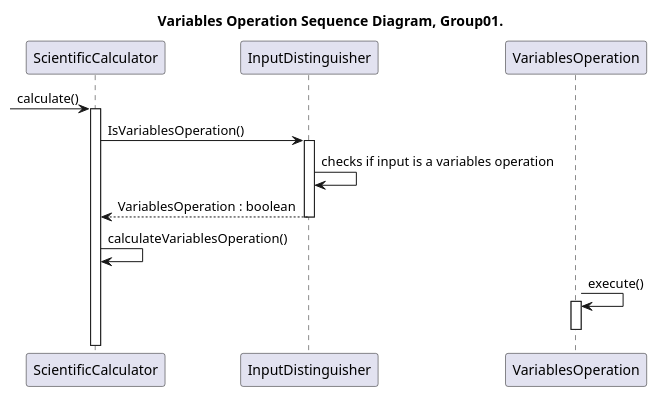
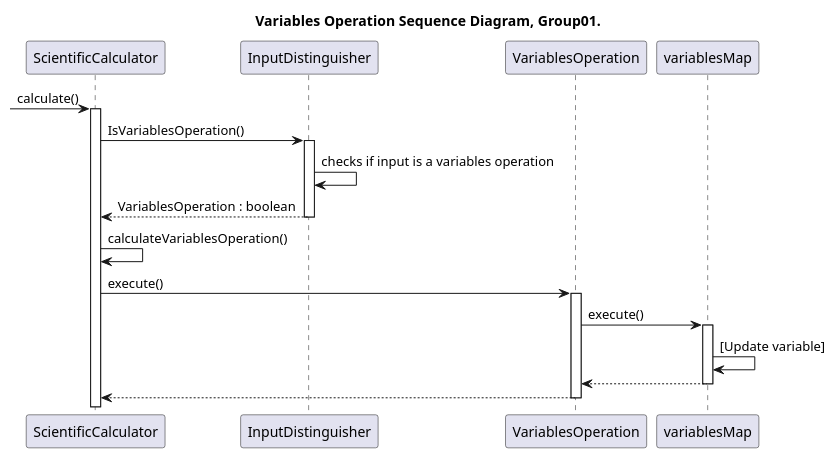
Before and after one commit to CiroCutolo/Scientific_Calculator_group01_2023: the diagram in sequence_diagram/VariablesOperation_SequenceDiagram_Group01.puml, drawn with PlantUML. The commit also changed 10 other files, not shown here.

Commit message:
Modifiche apportate ad i sequence diagrams.

```diff
--- a/sequence_diagram/VariablesOperation_SequenceDiagram_Group01.puml
+++ b/sequence_diagram/VariablesOperation_SequenceDiagram_Group01.puml
@@ -1,23 +1,30 @@
 @startuml VariablesOperation_SequenceDiagram_Group01
 
 title Variables Operation Sequence Diagram, Group01.
 
 participant ScientificCalculator as calc
 participant InputDistinguisher as input
 participant VariablesOperation as Variables
+participant variablesMap as var_map
 
 -> calc:calculate()
 activate calc
 
 calc -> input : IsVariablesOperation()
 activate input
 input -> input : checks if input is a variables operation
 input --> calc : VariablesOperation : boolean
 deactivate input
 
 calc -> calc : calculateVariablesOperation()
-Variables -> Variables : execute()
+calc -> Variables : execute()
 activate Variables
+Variables -> var_map : execute()
+activate var_map
+var_map -> var_map : [Update variable]
+var_map --> Variables
+deactivate var_map
+Variables --> calc
 deactivate Variables
 
 @enduml
```
